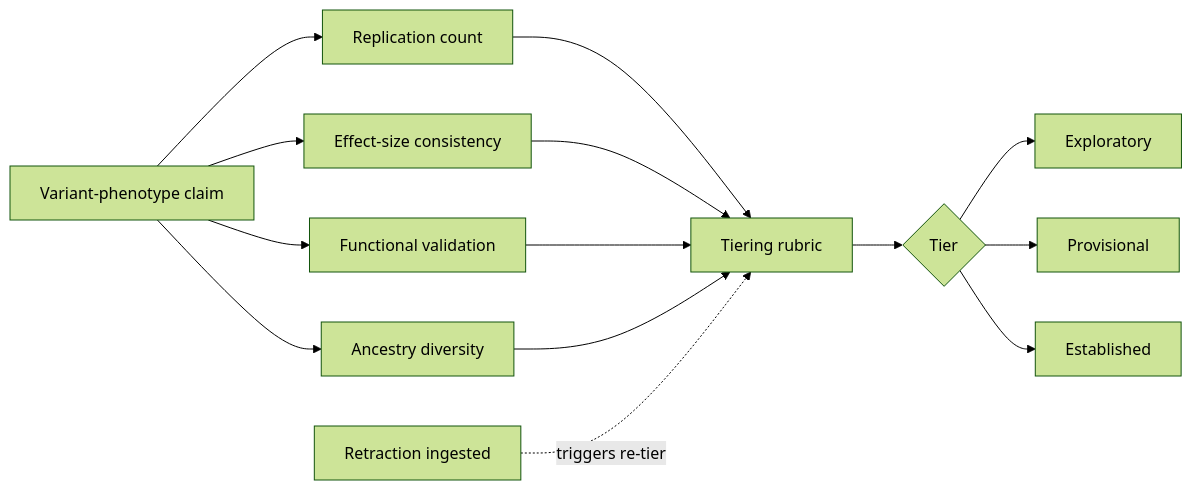
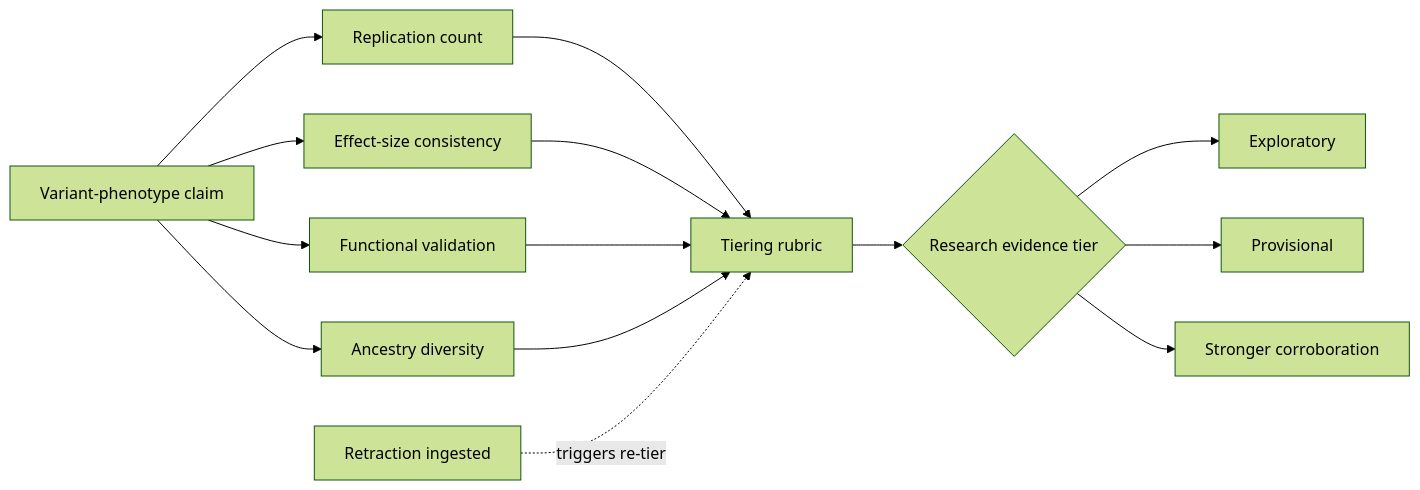
Before and after one commit to Ciprian-LocalPulse/OpenLongevityLab: the diagram in docs/academic/15-genomic-variant-evidence-tiering.md, drawn with Mermaid (forest theme). The commit also changed other lines of this file and 18 other files, not shown here.

````diff
--- a/docs/academic/15-genomic-variant-evidence-tiering.md
+++ b/docs/academic/15-genomic-variant-evidence-tiering.md
@@ -7,16 +7,16 @@
 ```mermaid
 flowchart LR
   V[Variant-phenotype claim] --> REP[Replication count]
   V --> EFF[Effect-size consistency]
   V --> FUNC[Functional validation]
   V --> ANC[Ancestry diversity]
   REP --> RUBRIC[Tiering rubric]
   EFF --> RUBRIC
   FUNC --> RUBRIC
   ANC --> RUBRIC
-  RUBRIC --> TIER{Tier}
+  RUBRIC --> TIER{Research evidence tier}
   TIER --> EXP[Exploratory]
   TIER --> PROV[Provisional]
-  TIER --> EST[Established]
+  TIER --> EST[Stronger corroboration]
   RETR[Retraction ingested] -. triggers re-tier .-> RUBRIC
 ```
````
